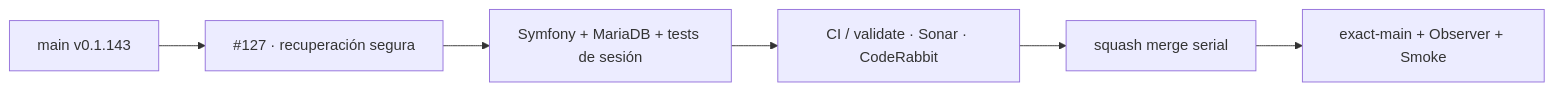
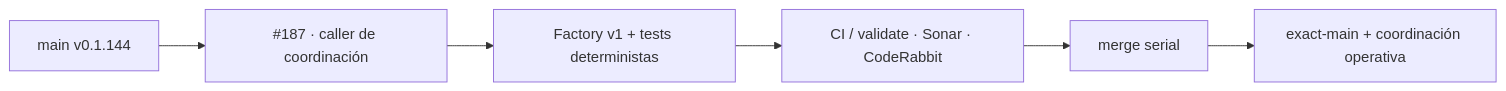
Before and after one commit to pl0n3r/GrindFlow: the diagram in README.md, drawn with Mermaid. The commit also changed other lines of this file and 1 other file, not shown here.

````diff
--- a/README.md
+++ b/README.md
@@ -45,8 +45,8 @@
-```mermaid
+~~~mermaid
 flowchart LR
-  A["main v0.1.143"] --> P["#127 · recuperación segura"]
-  P --> Q["Symfony + MariaDB + tests de sesión"]
+  A["main v0.1.144"] --> P["#187 · caller de coordinación"]
+  P --> Q["Factory v1 + tests deterministas"]
   Q --> V["CI / validate · Sonar · CodeRabbit"]
-  V --> M["squash merge serial"]
-  M --> X["exact-main + Observer + Smoke"]
-```
+  V --> M["merge serial"]
+  M --> X["exact-main + coordinación operativa"]
+~~~
````
